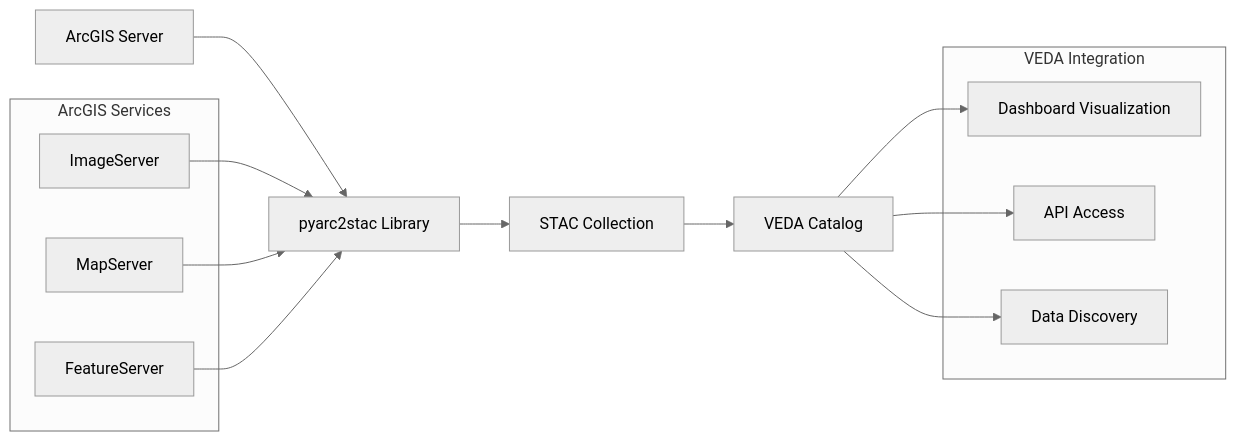
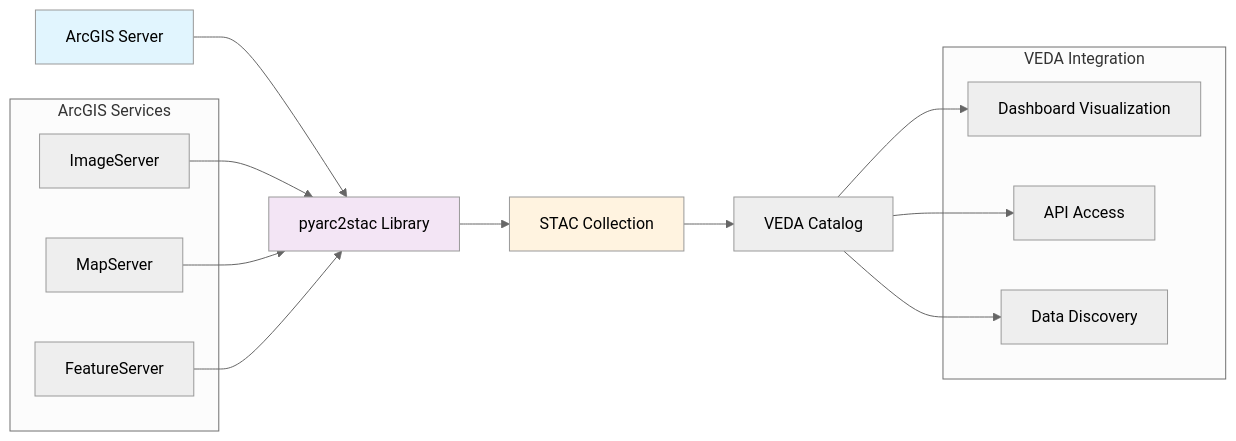
Before and after one commit to NASA-IMPACT/veda-docs: the diagram in user-guide/content-curation/external-collection-indexing/arcgis-server-integration.qmd, drawn with Mermaid (neutral theme).

````diff
--- a/user-guide/content-curation/external-collection-indexing/arcgis-server-integration.qmd
+++ b/user-guide/content-curation/external-collection-indexing/arcgis-server-integration.qmd
@@ -30,26 +30,28 @@
 ```{mermaid}
 graph LR
     A[ArcGIS Server] --> B[pyarc2stac Library]
     B --> C[STAC Collection]
     C --> D[VEDA Catalog]
-    
+    style A fill:#e1f5fe
+    style B fill:#f3e5f5
+    style C fill:#fff3e0
     subgraph "ArcGIS Services"
         E[ImageServer]
         F[MapServer] 
         G[FeatureServer]
     end
     
     E --> B
     F --> B
     G --> B
     
     subgraph "VEDA Integration"
         H[Dashboard Visualization]
         I[API Access]
         J[Data Discovery]
     end
     
     D --> H
     D --> I
     D --> J
 ```
````
